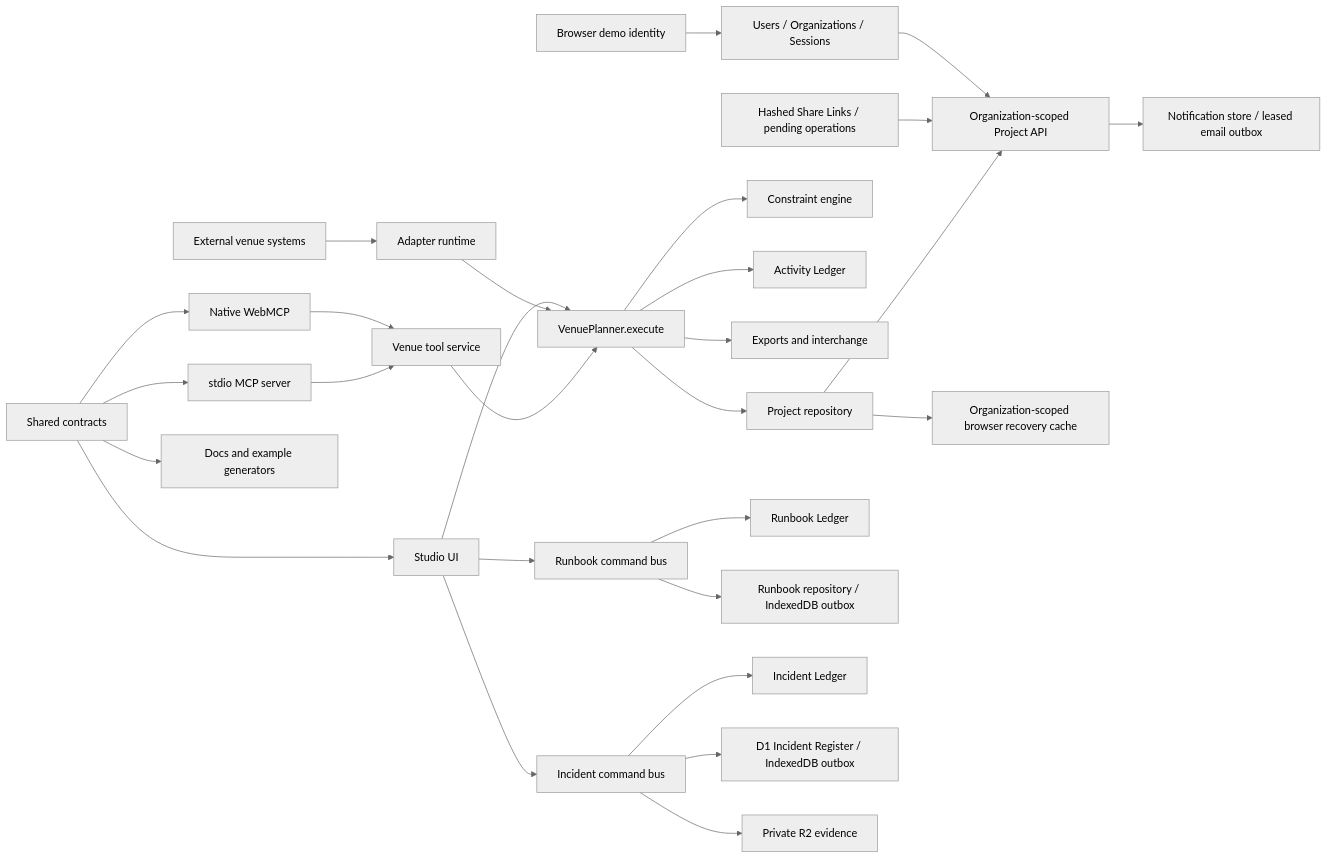
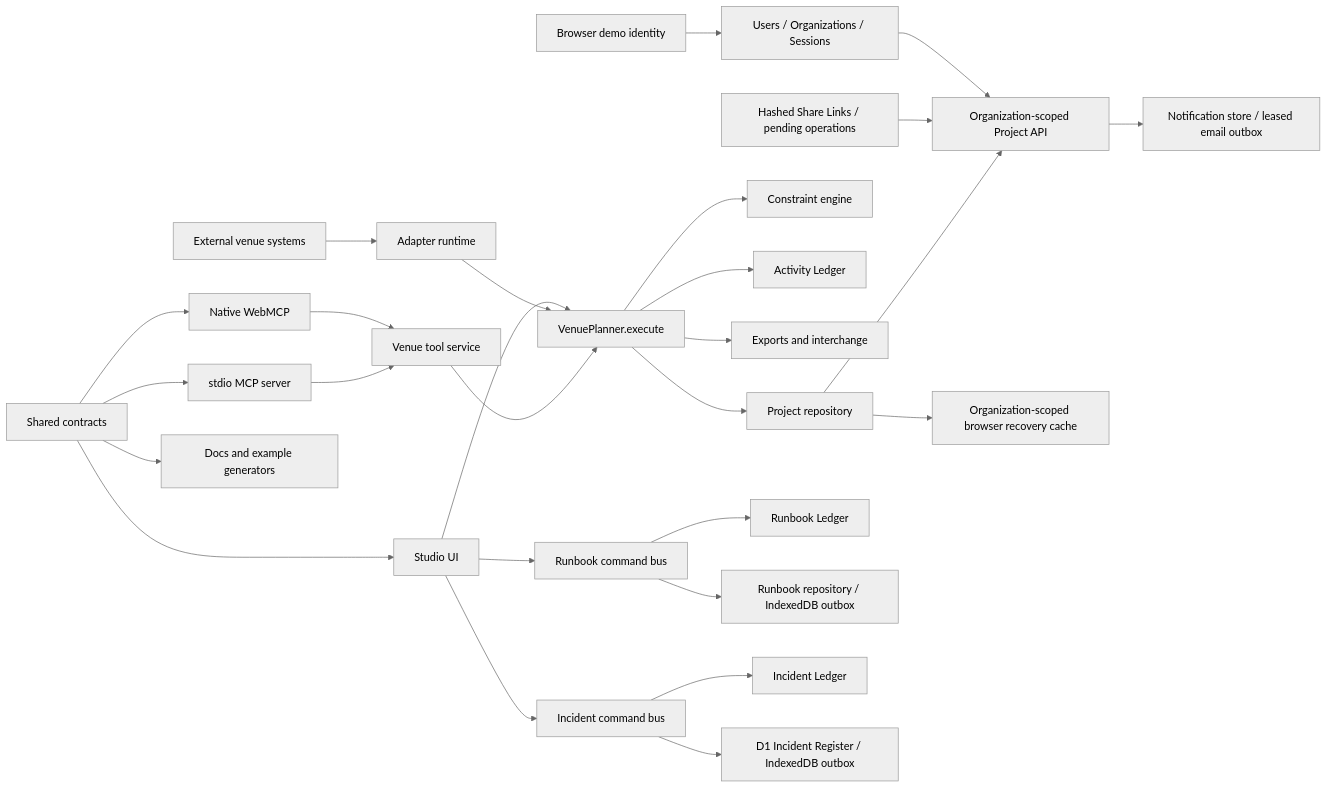
Before and after one commit to Seyamalam/venue-mind: the first of 2 diagrams in docs/architecture.md, drawn with Mermaid (neutral theme). The commit also changed other lines of this file and 49 other files, not shown here.

````diff
--- a/docs/architecture.md
+++ b/docs/architecture.md
@@ -7,30 +7,29 @@
 ```mermaid
 flowchart LR
   IDP[Browser demo identity] --> ACCOUNTS[Users / Organizations / Sessions]
   ACCOUNTS --> API[Organization-scoped Project API]
   SHARE[Hashed Share Links / pending operations] --> API
   API --> NOTIFY[Notification store / leased email outbox]
   UI[Studio UI] --> BUS[VenuePlanner.execute]
   UI --> RUNBUS[Runbook command bus]
   UI --> INCBUS[Incident command bus]
   WEB[Native WebMCP] --> SERVICE[Venue tool service]
   MCP[stdio MCP server] --> SERVICE
   EXT[External venue systems] --> ADAPTERS[Adapter runtime]
   ADAPTERS --> BUS
   SERVICE --> BUS
   CONTRACTS[Shared contracts] --> UI
   CONTRACTS --> WEB
   CONTRACTS --> MCP
   CONTRACTS --> DOCGEN[Docs and example generators]
   BUS --> VALIDATE[Constraint engine]
   BUS --> LEDGER[Activity Ledger]
   BUS --> EXPORTS[Exports and interchange]
   BUS --> PROJECTS[Project repository]
   RUNBUS --> RUNLEDGER[Runbook Ledger]
   RUNBUS --> RUNSTORE[Runbook repository / IndexedDB outbox]
   INCBUS --> INCLEDGER[Incident Ledger]
   INCBUS --> INCSTORE[D1 Incident Register / IndexedDB outbox]
-  INCBUS --> R2[Private R2 evidence]
   PROJECTS --> API
   PROJECTS --> LOCAL[Organization-scoped browser recovery cache]
 ```
````
